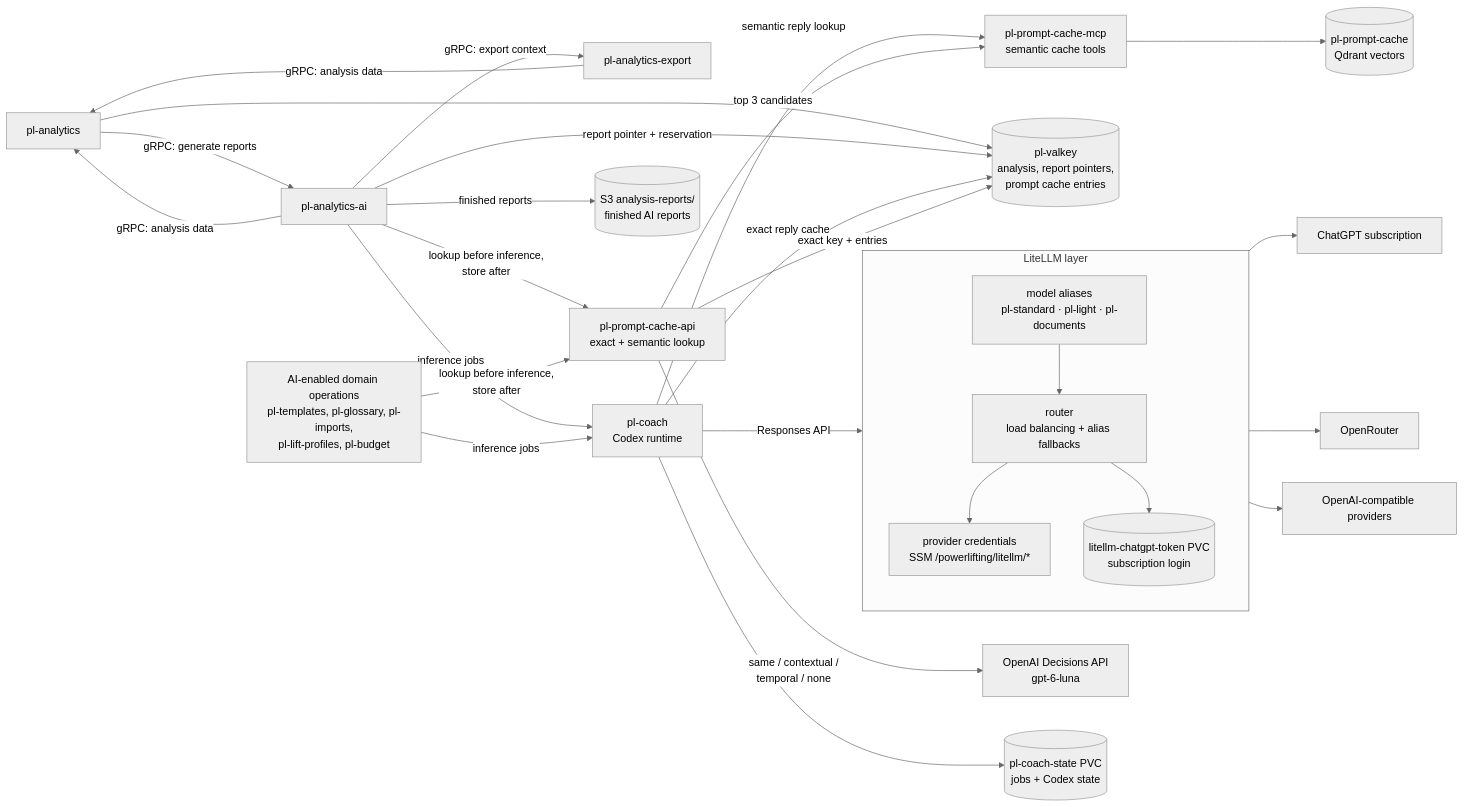
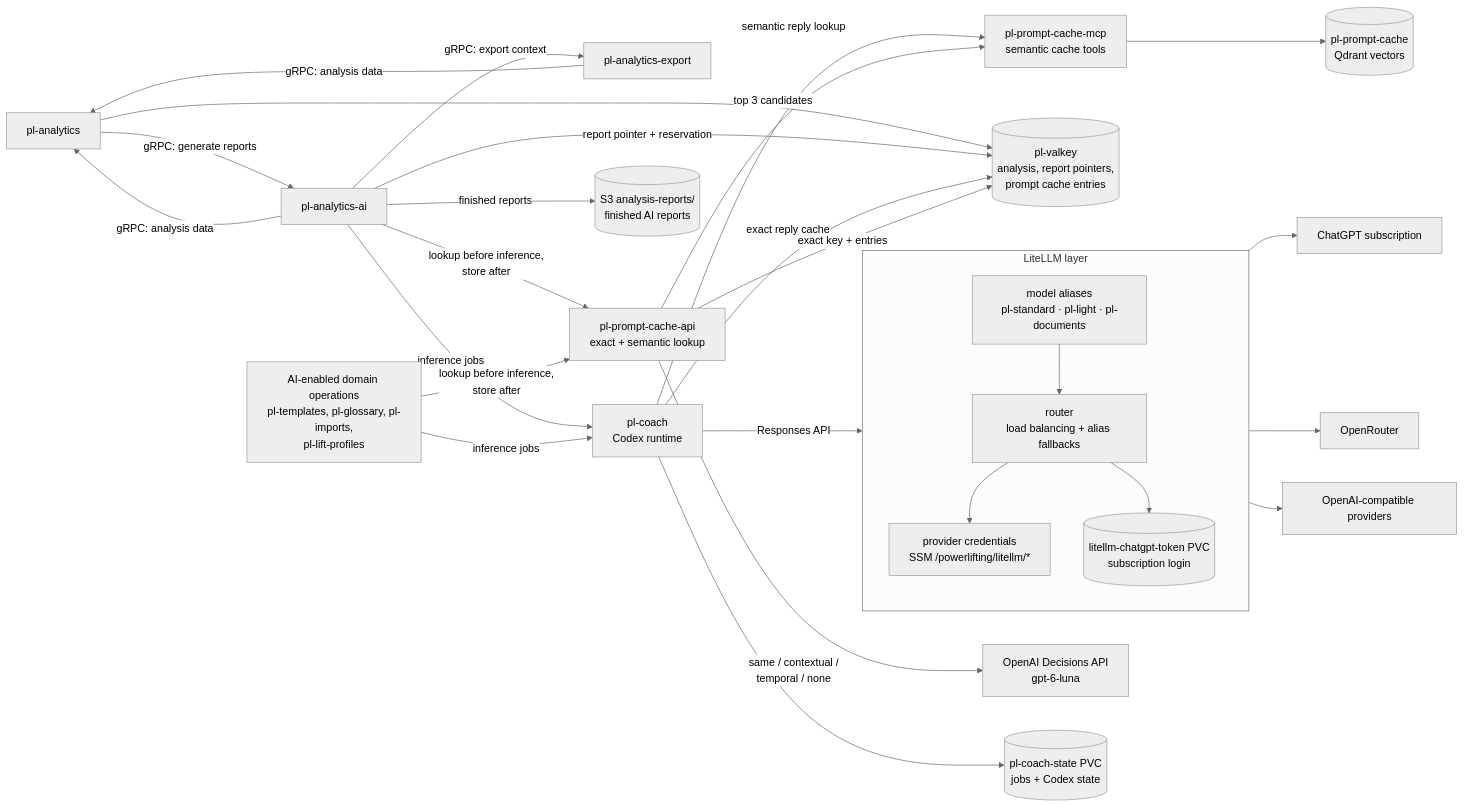
Before and after one commit to PierreStephaneVoltaire/ai-powerlifting: the fourth of 10 diagrams in docs/ARCHITECTURE.md, drawn with Mermaid (neutral theme). The commit also changed other lines of this file and 133 other files, not shown here.

````diff
--- a/docs/ARCHITECTURE.md
+++ b/docs/ARCHITECTURE.md
@@ -171,49 +170,49 @@
 ```mermaid
 flowchart LR
   Analytics["pl-analytics"]
   AI["pl-analytics-ai"]
   Export["pl-analytics-export"]
-  Features["AI-enabled domain operations<br/>pl-templates, pl-glossary, pl-imports,<br/>pl-lift-profiles, pl-budget"]
+  Features["AI-enabled domain operations<br/>pl-templates, pl-glossary, pl-imports,<br/>pl-lift-profiles"]
   Coach["pl-coach<br/>Codex runtime"]
   Valkey[("pl-valkey<br/>analysis, report pointers,<br/>prompt cache entries")]
   PromptCache["pl-prompt-cache-api<br/>exact + semantic lookup"]
   CacheMCP["pl-prompt-cache-mcp<br/>semantic cache tools"]
   Decisions["OpenAI Decisions API<br/>gpt-6-luna"]
   Reports[("S3 analysis-reports/<br/>finished AI reports")]
   Qdrant[("pl-prompt-cache<br/>Qdrant vectors")]
   State[("pl-coach-state PVC<br/>jobs + Codex state")]
 
   subgraph LLM["LiteLLM layer"]
     direction TB
     Aliases["model aliases<br/>pl-standard · pl-light · pl-documents"]
     Router["router<br/>load balancing + alias fallbacks"]
     Creds["provider credentials<br/>SSM /powerlifting/litellm/*"]
     Token[("litellm-chatgpt-token PVC<br/>subscription login")]
     Aliases --> Router --> Creds
     Router --> Token
   end
 
   ChatGPT["ChatGPT subscription"]
   OpenRouter["OpenRouter"]
   Compat["OpenAI-compatible providers"]
 
   Analytics -->|"gRPC: generate reports"| AI
   AI -->|"gRPC: analysis data"| Analytics
   AI -->|"gRPC: export context"| Export
   Export -->|"gRPC: analysis data"| Analytics
   AI -->|"inference jobs"| Coach
   Features -->|"inference jobs"| Coach
   Coach -->|"Responses API"| Aliases
   Router --> ChatGPT & OpenRouter & Compat
   Analytics --> Valkey
   AI -->|"report pointer + reservation"| Valkey
   AI -->|"finished reports"| Reports
   AI -->|"lookup before inference,<br/>store after"| PromptCache
   Features -->|"lookup before inference,<br/>store after"| PromptCache
   Coach -->|"exact reply cache"| Valkey
   Coach -->|"semantic reply lookup"| CacheMCP
   PromptCache -->|"exact key + entries"| Valkey
   PromptCache -->|"top 3 candidates"| CacheMCP --> Qdrant
   PromptCache -->|"same / contextual /<br/>temporal / none"| Decisions
   Coach --> State
 ```
````
